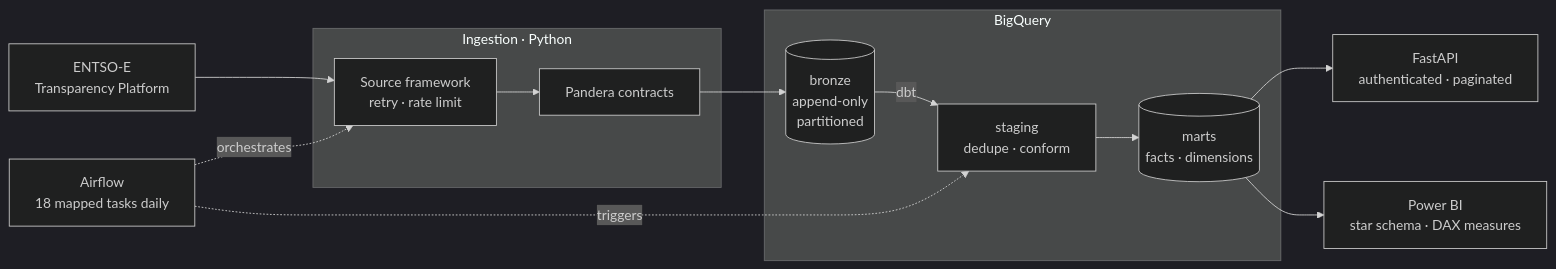
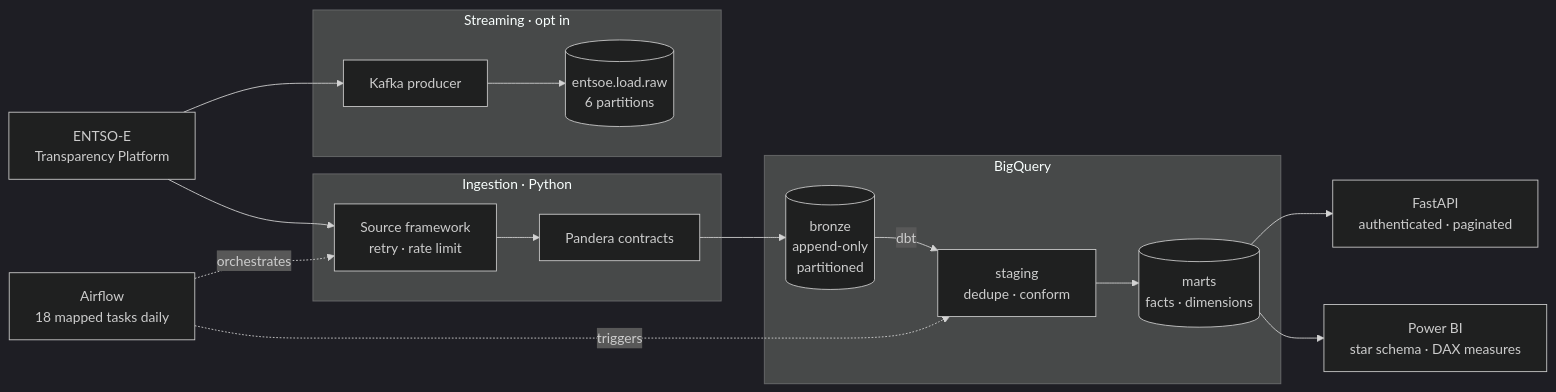
The diagram in README.md (suhasnu/entsoe-data-platform), drawn with Mermaid (dark theme) before and after one commit. The commit also changed other lines of this file and 11 other files, not shown here.

Commit message:
add kafka broker and entsoe load event producer

````diff
--- a/README.md
+++ b/README.md
@@ -9,26 +9,32 @@
 ```mermaid
 flowchart LR
     E[ENTSO-E<br/>Transparency Platform]
 
     subgraph ingest[Ingestion · Python]
         S[Source framework<br/>retry · rate limit]
         V[Pandera contracts]
     end
 
     subgraph bq[BigQuery]
         B[(bronze<br/>append-only<br/>partitioned)]
         ST[staging<br/>dedupe · conform]
         M[(marts<br/>facts · dimensions)]
     end
 
+    subgraph stream[Streaming · opt in]
+        P[Kafka producer]
+        K[(entsoe.load.raw<br/>6 partitions)]
+    end
+
     API[FastAPI<br/>authenticated · paginated]
     PBI[Power BI<br/>star schema · DAX measures]
     A[Airflow<br/>18 mapped tasks daily]
 
     E --> S --> V --> B
+    E --> P --> K
     B -->|dbt| ST --> M
     M --> API
     M --> PBI
     A -.orchestrates.-> S
     A -.triggers.-> ST
 ```
````
